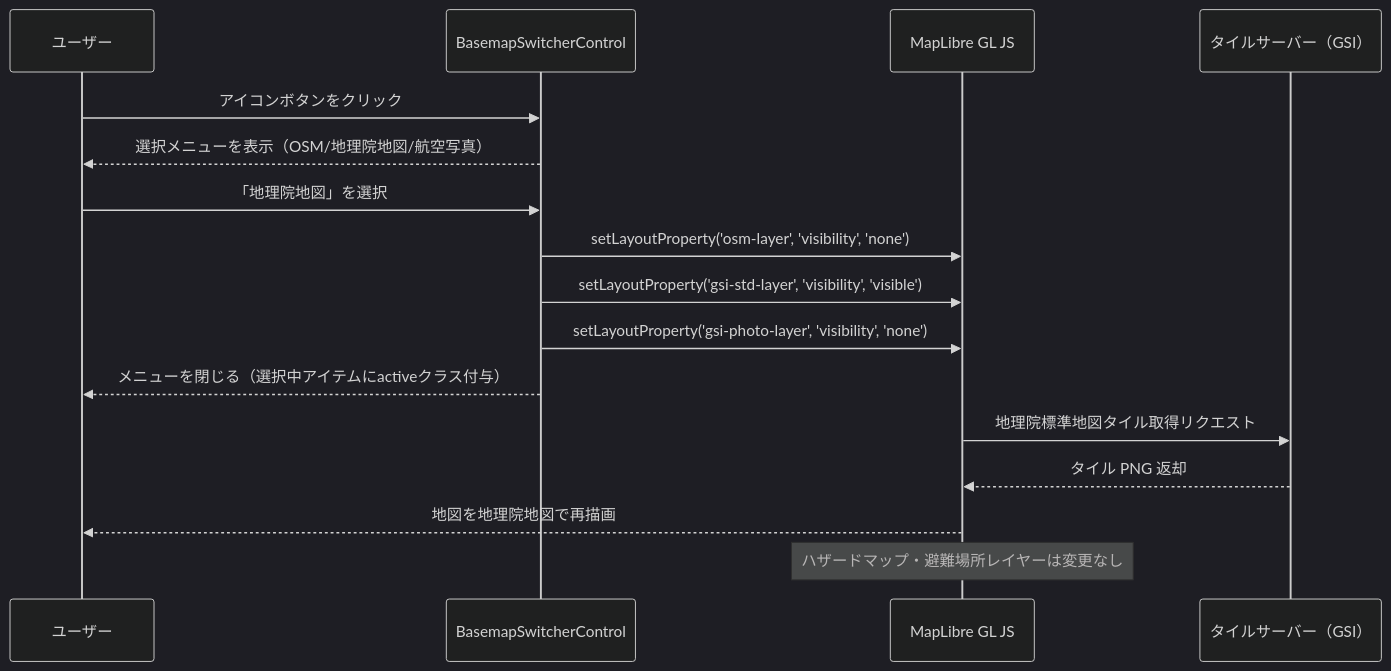
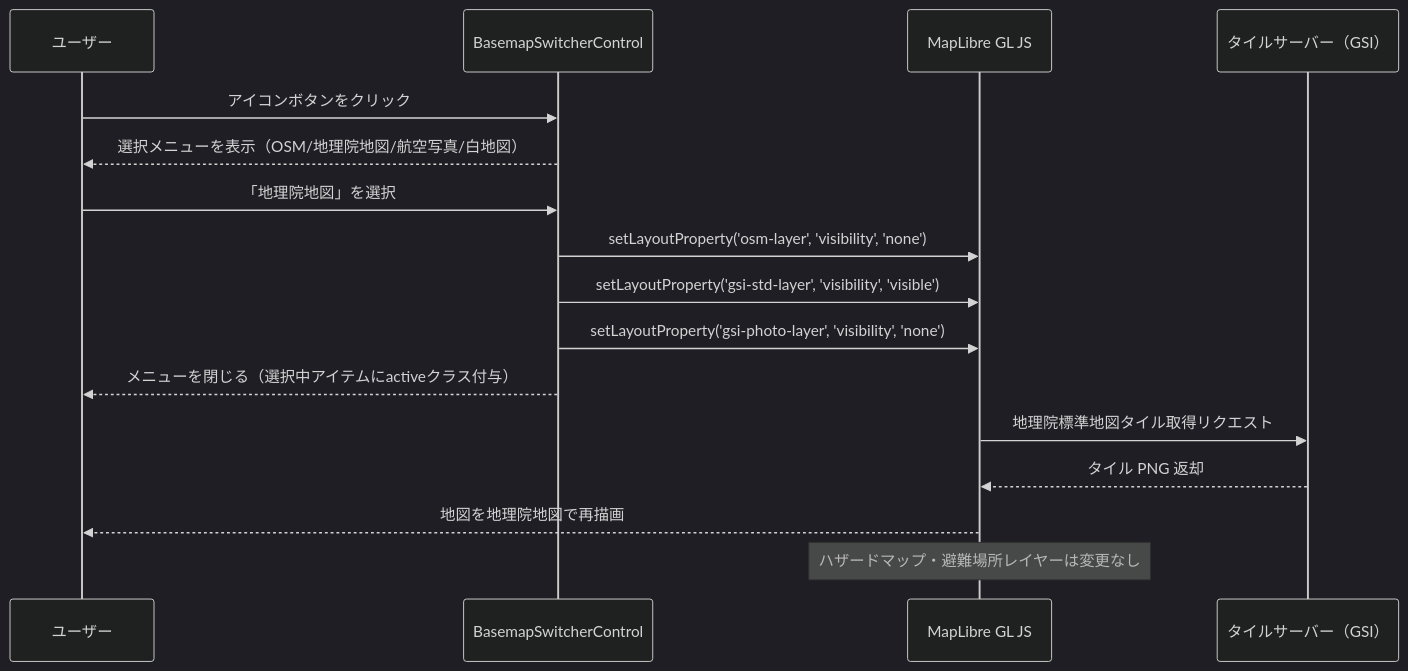
Before and after one commit to miyato1122/location-tech-sample-v1: the second of 6 diagrams in 03_advanced_with_tsumiki/docs/design/basemap-switcher/dataflow.md, drawn with Mermaid (dark theme). The commit also changed other lines of this file and 9 other files, not shown here.

First line of the commit message:
feat(basemap-switcher): 背景地図パネルを縦並びにし、国土地理院白地図を追加する

````diff
--- a/03_advanced_with_tsumiki/docs/design/basemap-switcher/dataflow.md
+++ b/03_advanced_with_tsumiki/docs/design/basemap-switcher/dataflow.md
@@ -45,19 +45,19 @@
 ```mermaid
 sequenceDiagram
     participant U as ユーザー
     participant C as BasemapSwitcherControl
     participant ML as MapLibre GL JS
     participant T as タイルサーバー（GSI）
 
     U->>C: アイコンボタンをクリック
-    C-->>U: 選択メニューを表示（OSM/地理院地図/航空写真）
+    C-->>U: 選択メニューを表示（OSM/地理院地図/航空写真/白地図）
     U->>C: 「地理院地図」を選択
     C->>ML: setLayoutProperty('osm-layer', 'visibility', 'none')
     C->>ML: setLayoutProperty('gsi-std-layer', 'visibility', 'visible')
     C->>ML: setLayoutProperty('gsi-photo-layer', 'visibility', 'none')
     C-->>U: メニューを閉じる（選択中アイテムにactiveクラス付与）
     ML->>T: 地理院標準地図タイル取得リクエスト
     T-->>ML: タイル PNG 返却
     ML-->>U: 地図を地理院地図で再描画
     Note over ML: ハザードマップ・避難場所レイヤーは変更なし
 ```
````
